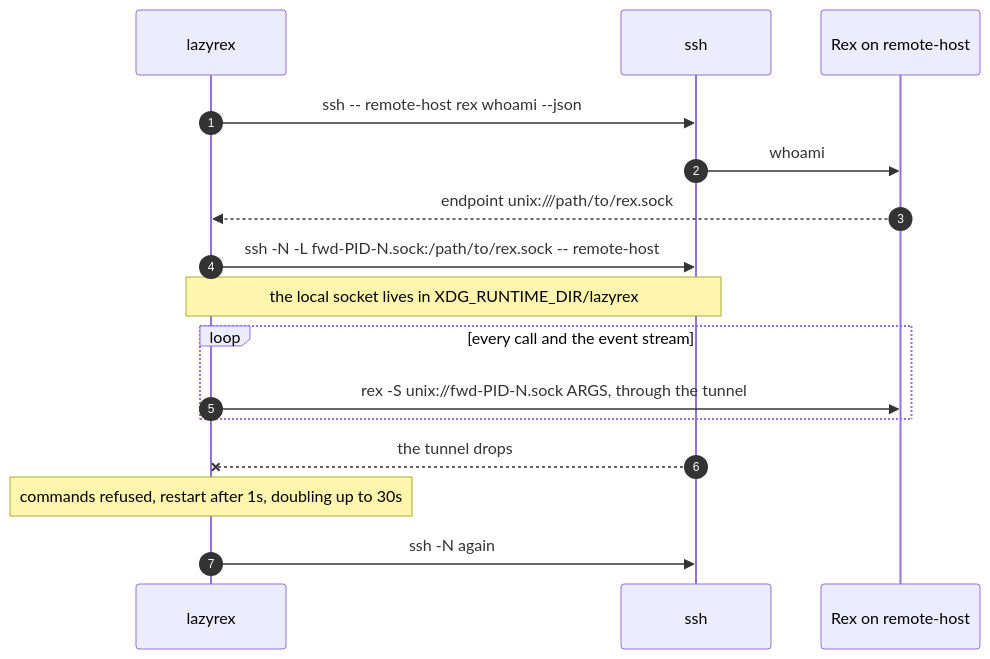
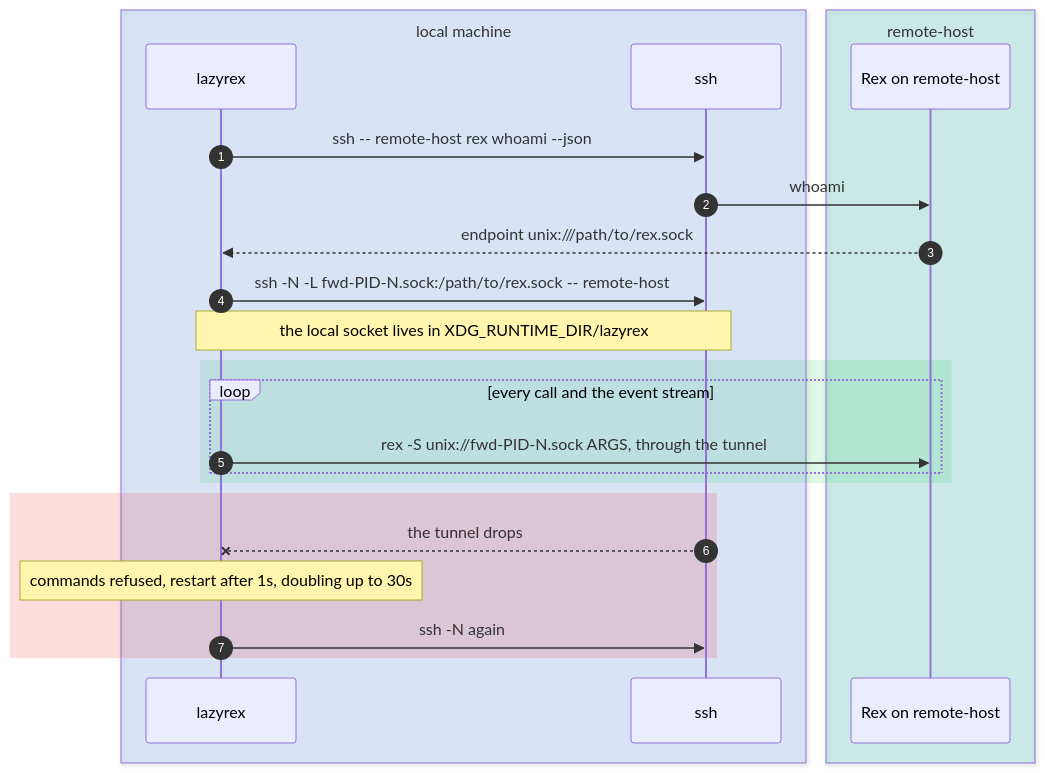
One commit to rbobillot/lazyrex changed the second of 2 diagrams in docs/ssh.md. Above: the diagram before and after it, drawn with Mermaid. The commit also changed other lines of this file and 11 other files, not shown here.

Commit message:
docs: color the mermaid diagrams

````diff
--- a/docs/ssh.md
+++ b/docs/ssh.md
@@ -51,18 +64,26 @@
 ```mermaid
 sequenceDiagram
     autonumber
+    box rgba(59,130,246,0.15) local machine
     participant L as lazyrex
     participant S as ssh
+    end
+    box rgba(20,184,166,0.18) remote-host
     participant R as Rex on remote-host
+    end
     L->>S: ssh -- remote-host rex whoami --json
     S->>R: whoami
     R-->>L: endpoint unix:///path/to/rex.sock
     L->>S: ssh -N -L fwd-PID-N.sock:/path/to/rex.sock -- remote-host
     Note over L,S: the local socket lives in XDG_RUNTIME_DIR/lazyrex
+    rect rgba(34,197,94,0.15)
     loop every call and the event stream
         L->>R: rex -S unix://fwd-PID-N.sock ARGS, through the tunnel
     end
+    end
+    rect rgba(239,68,68,0.18)
     S--xL: the tunnel drops
     Note over L: commands refused, restart after 1s, doubling up to 30s
     L->>S: ssh -N again
+    end
 ```
````
